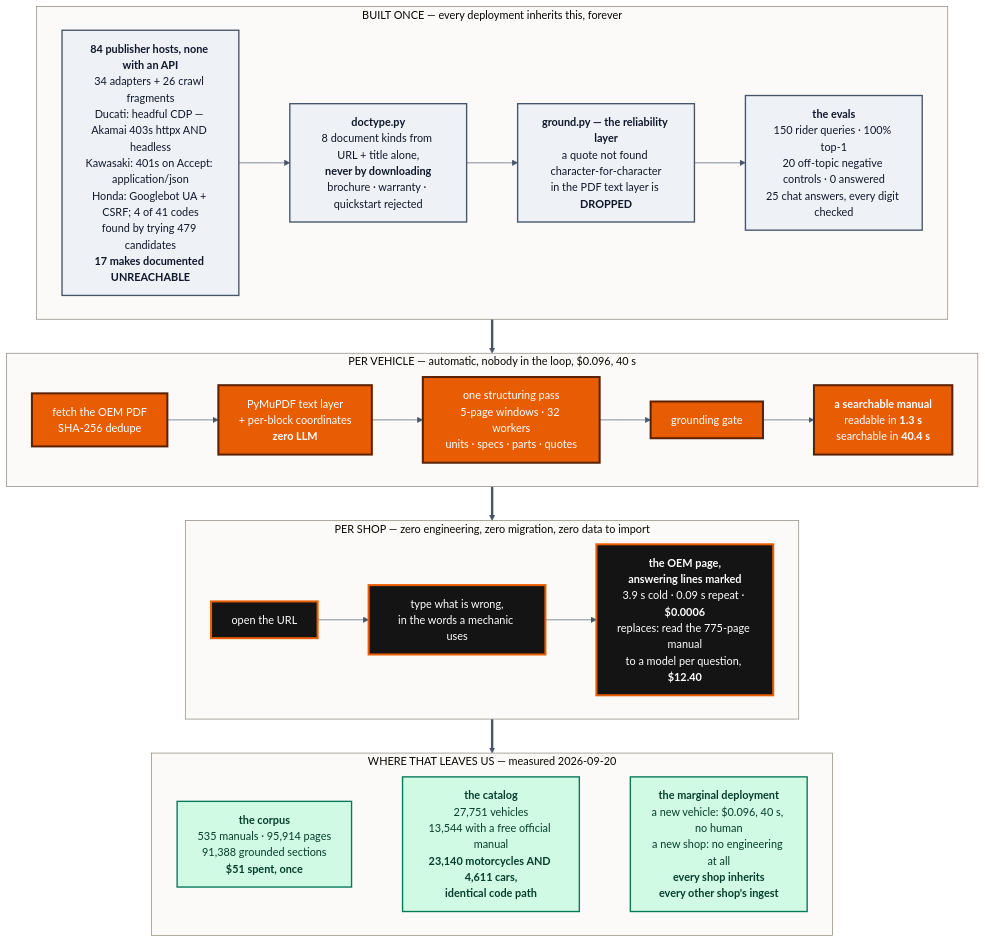
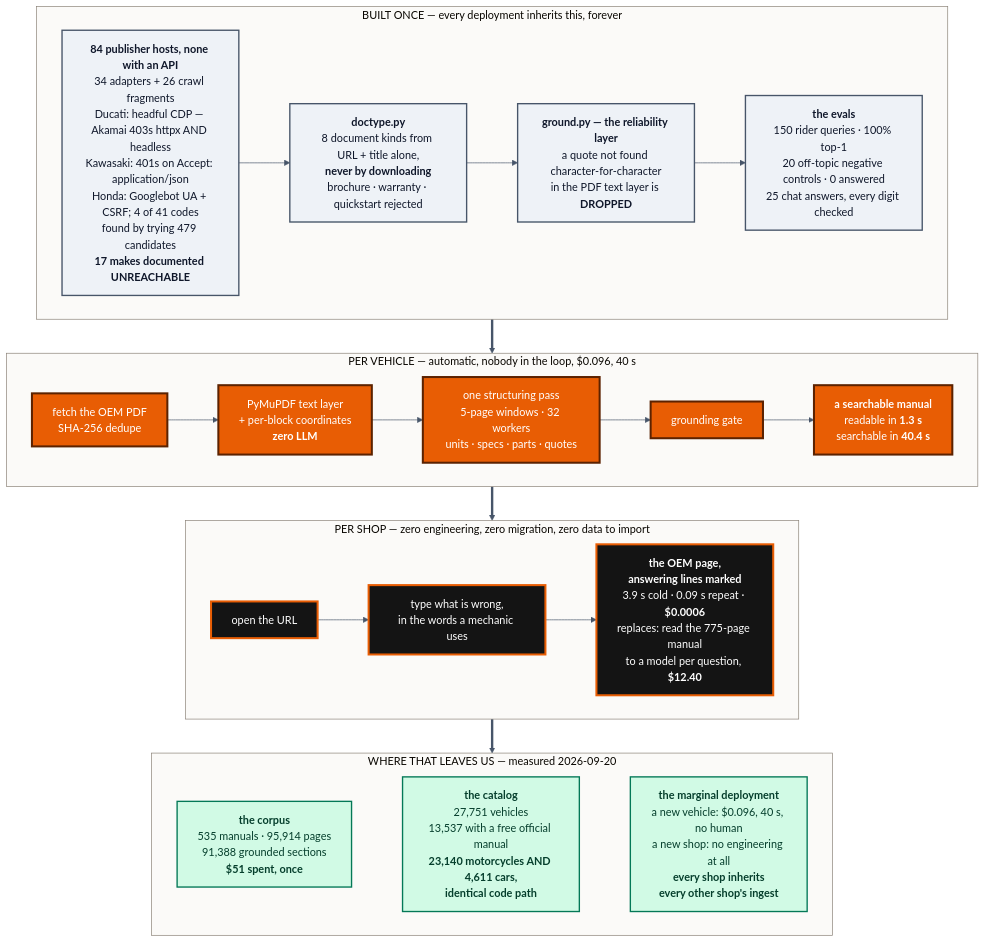
Before and after one commit to lxorb/mechanica: the diagram in docs/pitches/long-lake.md, drawn with Mermaid. The commit also changed other lines of this file and 857 other files, not shown here.

````diff
--- a/docs/pitches/long-lake.md
+++ b/docs/pitches/long-lake.md
@@ -167,41 +167,41 @@
 ```mermaid
 %%{init: {"theme":"base","themeVariables":{"fontFamily":"system-ui, -apple-system, Segoe UI, sans-serif","clusterBkg":"#fbfaf8","clusterBorder":"#8a8177","lineColor":"#475569"}}}%%
 flowchart TB
   subgraph ONCE["BUILT ONCE — every deployment inherits this, forever"]
     direction LR
     AD["<b>84 publisher hosts, none with an API</b><br/>34 adapters + 26 crawl fragments<br/>Ducati: headful CDP — Akamai 403s httpx AND headless<br/>Kawasaki: 401s on Accept: application/json<br/>Honda: Googlebot UA + CSRF; 4 of 41 codes<br/>found by trying 479 candidates<br/><b>17 makes documented UNREACHABLE</b>"]
     DOC["<b>doctype.py</b><br/>8 document kinds from URL + title alone,<br/><b>never by downloading</b><br/>brochure · warranty · quickstart rejected"]
     GRD["<b>ground.py — the reliability layer</b><br/>a quote not found character-for-character<br/>in the PDF text layer is <b>DROPPED</b>"]
     EVAL["<b>the evals</b><br/>150 rider queries · 100% top-1<br/>20 off-topic negative controls · 0 answered<br/>25 chat answers, every digit checked"]
     AD --> DOC --> GRD --> EVAL
   end
 
   subgraph PERV["PER VEHICLE — automatic, nobody in the loop, $0.096, 40 s"]
     direction LR
     F["fetch the OEM PDF<br/>SHA-256 dedupe"] --> T["PyMuPDF text layer<br/>+ per-block coordinates<br/><b>zero LLM</b>"] --> S["one structuring pass<br/>5-page windows · 32 workers<br/>units · specs · parts · quotes"] --> G2["grounding gate"] --> M["<b>a searchable manual</b><br/>readable in <b>1.3 s</b><br/>searchable in <b>40.4 s</b>"]
   end
 
   subgraph PERS["PER SHOP — zero engineering, zero migration, zero data to import"]
     direction LR
     U["open the URL"] --> Q["type what is wrong,<br/>in the words a mechanic uses"] --> R["<b>the OEM page,<br/>answering lines marked</b><br/>3.9 s cold · 0.09 s repeat · <b>$0.0006</b><br/>replaces: read the 775-page manual<br/>to a model per question, <b>$12.40</b>"]
   end
 
   subgraph NOW["WHERE THAT LEAVES US — measured 2026-09-20  "]
     direction LR
     C1["<b>the corpus</b><br/>535 manuals · 95,914 pages<br/>91,388 grounded sections<br/><b>$51 spent, once</b>"]
-    C2["<b>the catalog</b><br/>27,751 vehicles<br/>13,544 with a free official manual<br/><b>23,140 motorcycles AND 4,611 cars,<br/>identical code path</b>"]
+    C2["<b>the catalog</b><br/>27,751 vehicles<br/>13,537 with a free official manual<br/><b>23,140 motorcycles AND 4,611 cars,<br/>identical code path</b>"]
     C3["<b>the marginal deployment</b><br/>a new vehicle: $0.096, 40 s, no human<br/>a new shop: no engineering at all<br/><b>every shop inherits<br/>every other shop's ingest</b>"]
     C1 ~~~ C2 ~~~ C3
   end
 
   ONCE ==> PERV ==> PERS ==> NOW
 
   classDef once fill:#eef2f7,stroke:#475569,stroke-width:2px,color:#0f172a
   classDef perv fill:#e85d04,stroke:#5c2200,stroke-width:3px,color:#ffffff
   classDef pers fill:#141414,stroke:#e85d04,stroke-width:3px,color:#ffffff
   classDef corp fill:#d1fae5,stroke:#047857,stroke-width:2px,color:#053e2c
   class AD,DOC,GRD,EVAL once
   class F,T,S,G2,M perv
   class U,Q,R pers
   class C1,C2,C3 corp
 ```
````
